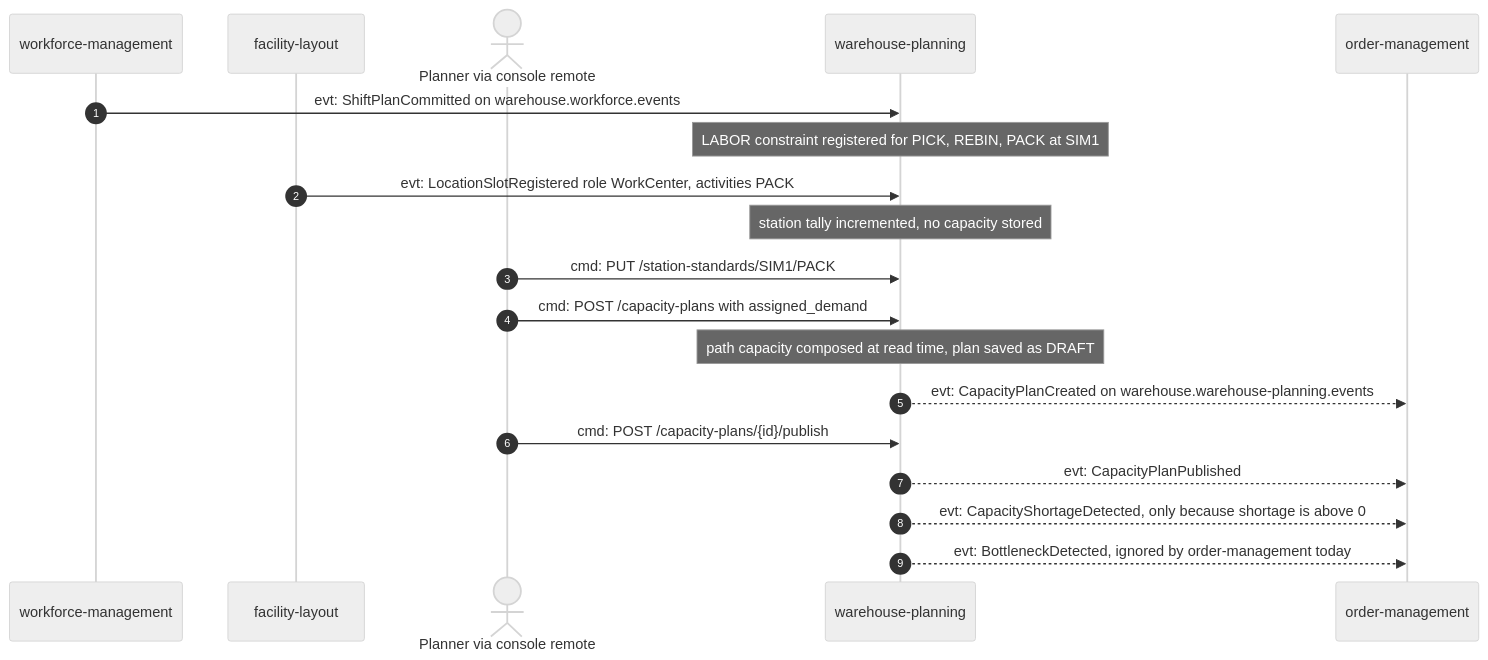
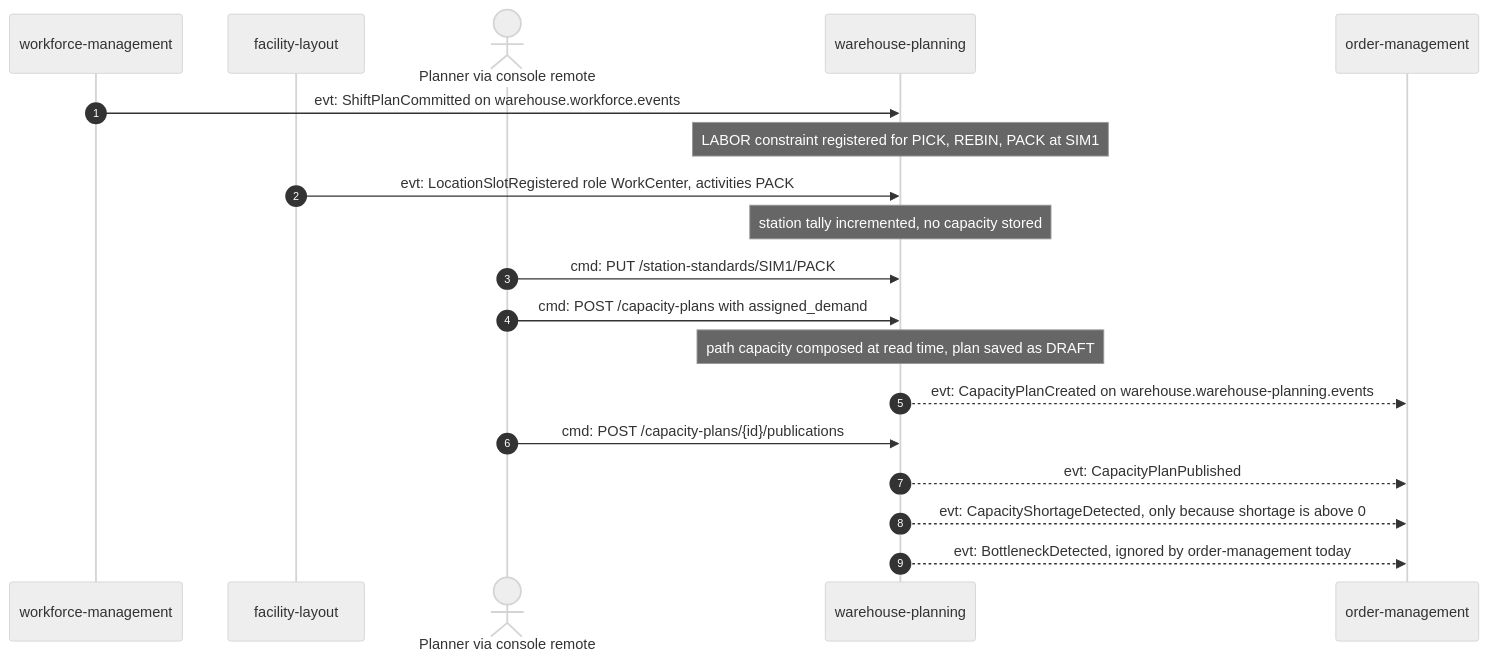
One commit to IQVO/warehouse-docs changed the first of 3 diagrams in docs/contexts/warehouse-planning/domain-message-flow.md. Above: the diagram before and after it, drawn with Mermaid (neutral theme). The commit also changed 272 other files, not shown here.

````diff
--- a/docs/contexts/warehouse-planning/domain-message-flow.md
+++ b/docs/contexts/warehouse-planning/domain-message-flow.md
@@ -25,21 +25,21 @@
 ```mermaid
 sequenceDiagram
   autonumber
   participant WFM as workforce-management
   participant FL as facility-layout
   actor Planner as Planner via console remote
   participant WP as warehouse-planning
   participant OM as order-management
   WFM->>WP: evt: ShiftPlanCommitted on warehouse.workforce.events
   Note over WP: LABOR constraint registered for PICK, REBIN, PACK at SIM1
   FL->>WP: evt: LocationSlotRegistered role WorkCenter, activities PACK
   Note over WP: station tally incremented, no capacity stored
   Planner->>WP: cmd: PUT /station-standards/SIM1/PACK
   Planner->>WP: cmd: POST /capacity-plans with assigned_demand
   Note over WP: path capacity composed at read time, plan saved as DRAFT
   WP-->>OM: evt: CapacityPlanCreated on warehouse.warehouse-planning.events
-  Planner->>WP: cmd: POST /capacity-plans/{id}/publish
+  Planner->>WP: cmd: POST /capacity-plans/{id}/publications
   WP-->>OM: evt: CapacityPlanPublished
   WP-->>OM: evt: CapacityShortageDetected, only because shortage is above 0
   WP-->>OM: evt: BottleneckDetected, ignored by order-management today
 ```
````
